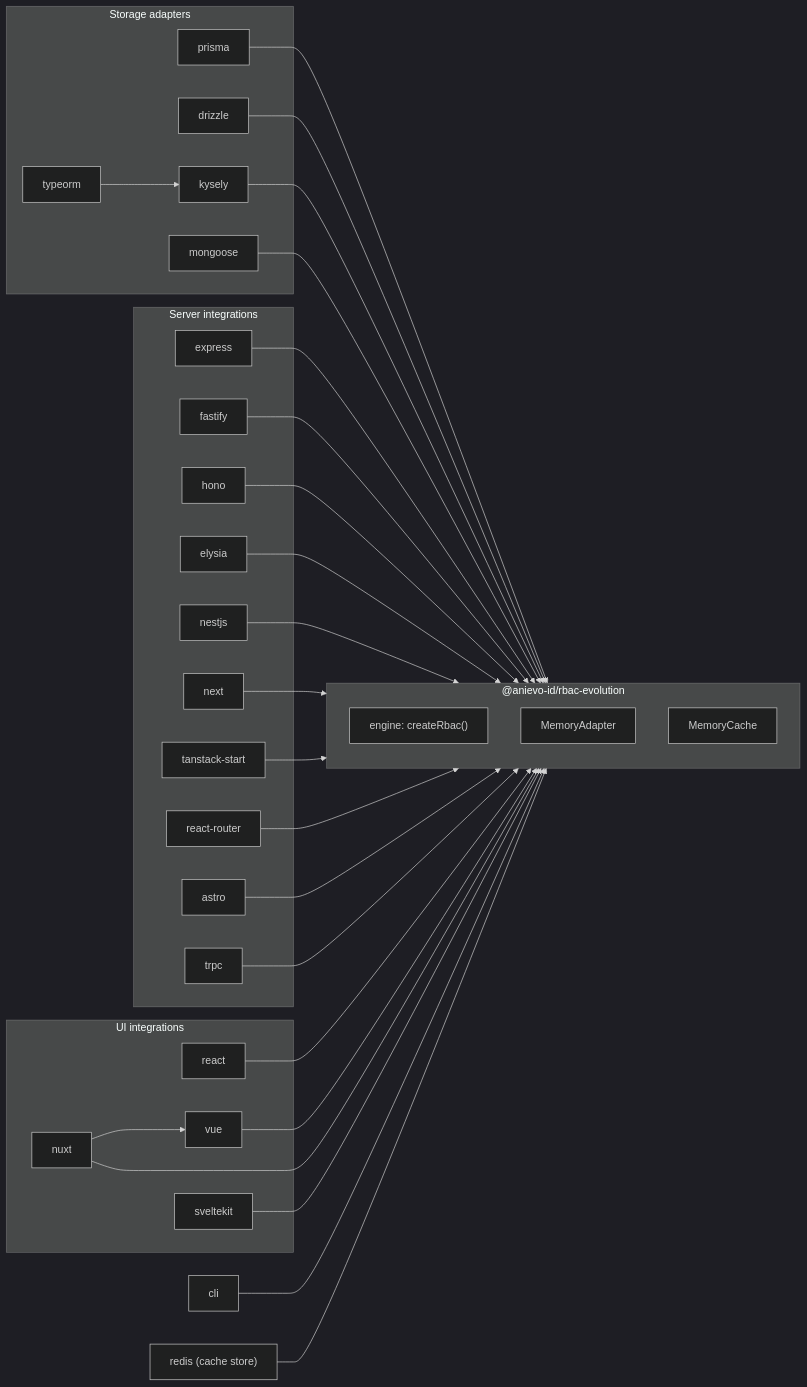
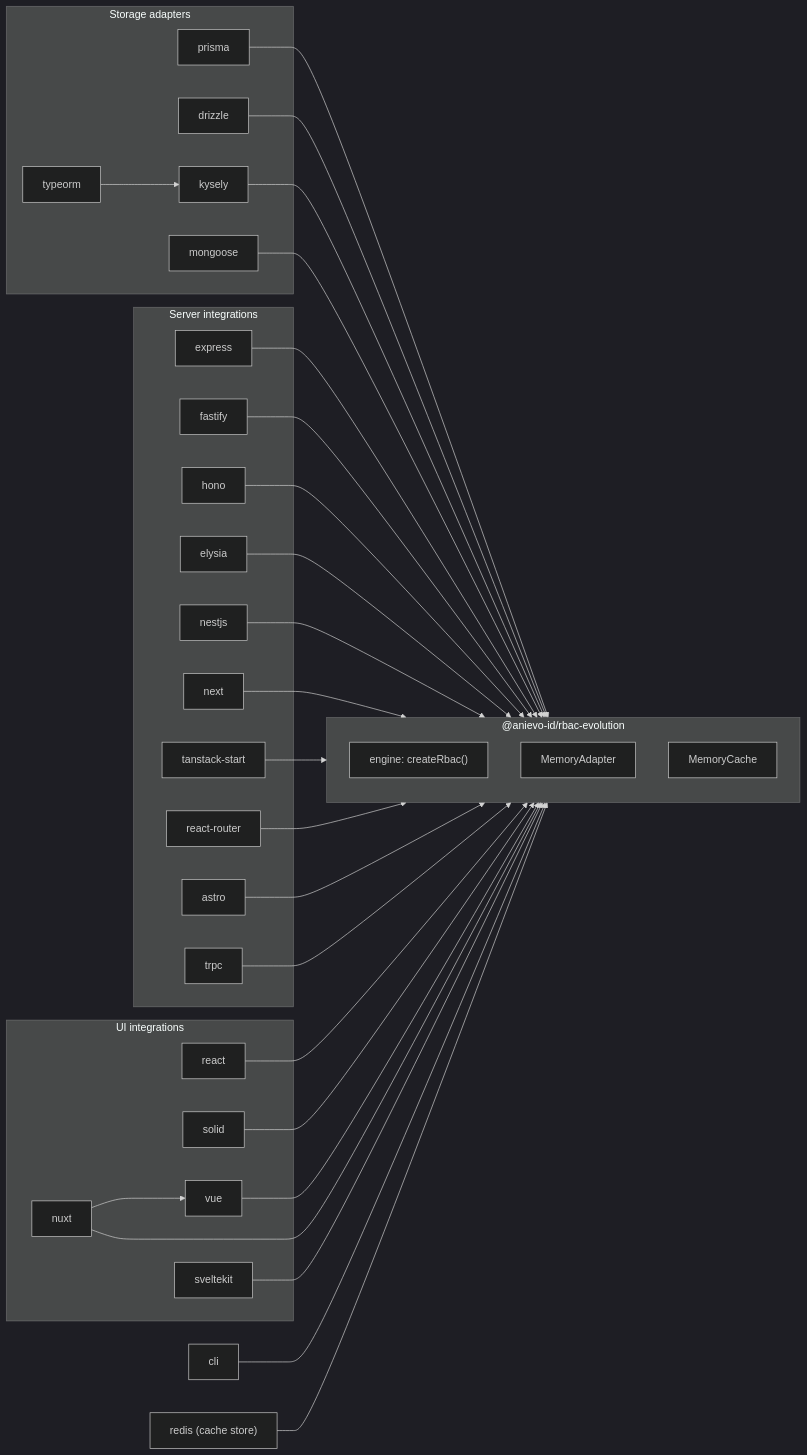
One commit to AniEvo-ID/rbac-evolution changed the first of 8 diagrams in docs/guide/how-it-works.md. Above: the diagram before and after it, drawn with Mermaid (dark theme). The commit also changed other lines of this file and 28 other files, not shown here.

````diff
--- a/docs/guide/how-it-works.md
+++ b/docs/guide/how-it-works.md
@@ -17,62 +17,64 @@
 ```mermaid
 flowchart LR
   subgraph adapters["Storage adapters"]
     prisma["prisma"]
     drizzle["drizzle"]
     kysely["kysely"]
     typeorm["typeorm"]
     mongoose["mongoose"]
   end
 
   subgraph core["@anievo-id/rbac-evolution"]
     engine["engine: createRbac()"]
     memory["MemoryAdapter"]
     cache["MemoryCache"]
   end
 
   subgraph server["Server integrations"]
     express["express"]
     fastify["fastify"]
     hono["hono"]
     elysia["elysia"]
     nestjs["nestjs"]
     next["next"]
     tanstack["tanstack-start"]
     reactrouter["react-router"]
     astro["astro"]
     trpc["trpc"]
   end
 
   subgraph ui["UI integrations"]
     react["react"]
+    solid["solid"]
     vue["vue"]
     nuxt["nuxt"]
     sveltekit["sveltekit"]
   end
 
   cli["cli"]
   redis["redis (cache store)"]
 
   prisma --> core
   drizzle --> core
   kysely --> core
   typeorm --> kysely
   mongoose --> core
   express --> core
   fastify --> core
   hono --> core
   elysia --> core
   nestjs --> core
   next --> core
   tanstack --> core
   reactrouter --> core
   astro --> core
   trpc --> core
   react --> core
+  solid --> core
   vue --> core
   nuxt --> core
   nuxt --> vue
   sveltekit --> core
   cli --> core
   redis --> core
 ```
````
